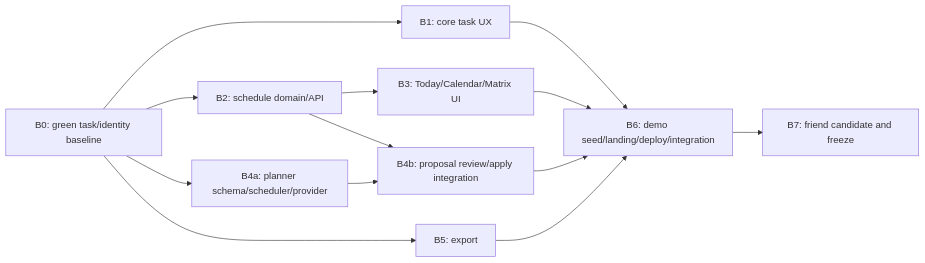
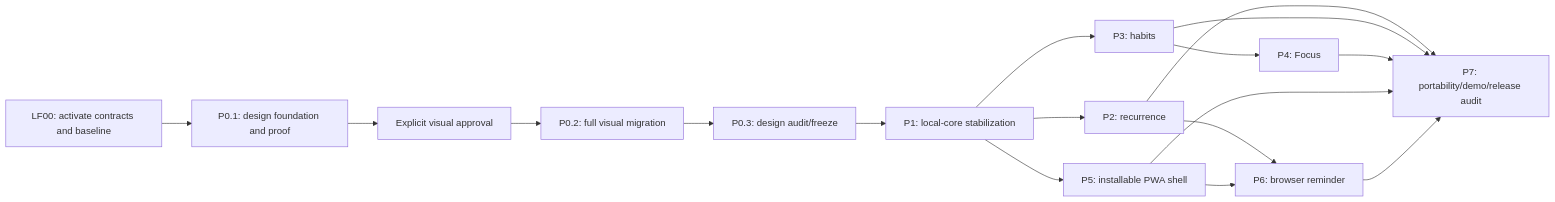
One commit to felixfirefighter/opentask changed the diagram in docs/IMPLEMENTATION_PLAN.md. Above: the diagram before and after it, drawn with Mermaid. The commit also changed other lines of this file and 34 other files, not shown here.

Commit message:
docs: activate local-first release plan

````diff
--- a/docs/IMPLEMENTATION_PLAN.md
+++ b/docs/IMPLEMENTATION_PLAN.md
@@ -46,15 +27,19 @@
 ```mermaid
 flowchart LR
-    B["B0: green task/identity baseline"] --> T["B1: core task UX"]
-    B --> S["B2: schedule domain/API"]
-    S --> P["B3: Today/Calendar/Matrix UI"]
-    B --> A1["B4a: planner schema/scheduler/provider"]
-    S --> A2["B4b: proposal review/apply integration"]
-    A1 --> A2
-    B --> X["B5: export"]
-    T --> I["B6: demo seed/landing/deploy/integration"]
-    P --> I
-    A2 --> I
-    X --> I
-    I --> F["B7: friend candidate and freeze"]
+    LF00["LF00: activate contracts and baseline"] --> P0A["P0.1: design foundation and proof"]
+    P0A --> APPROVAL["Explicit visual approval"]
+    APPROVAL --> P0B["P0.2: full visual migration"]
+    P0B --> P0C["P0.3: design audit/freeze"]
+    P0C --> P1["P1: local-core stabilization"]
+    P1 --> P2["P2: recurrence"]
+    P1 --> P3["P3: habits"]
+    P1 --> P5["P5: installable PWA shell"]
+    P3 --> P4["P4: Focus"]
+    P2 --> P6["P6: browser reminder"]
+    P5 --> P6
+    P2 --> P7["P7: portability/demo/release audit"]
+    P3 --> P7
+    P4 --> P7
+    P5 --> P7
+    P6 --> P7
 ```
````
